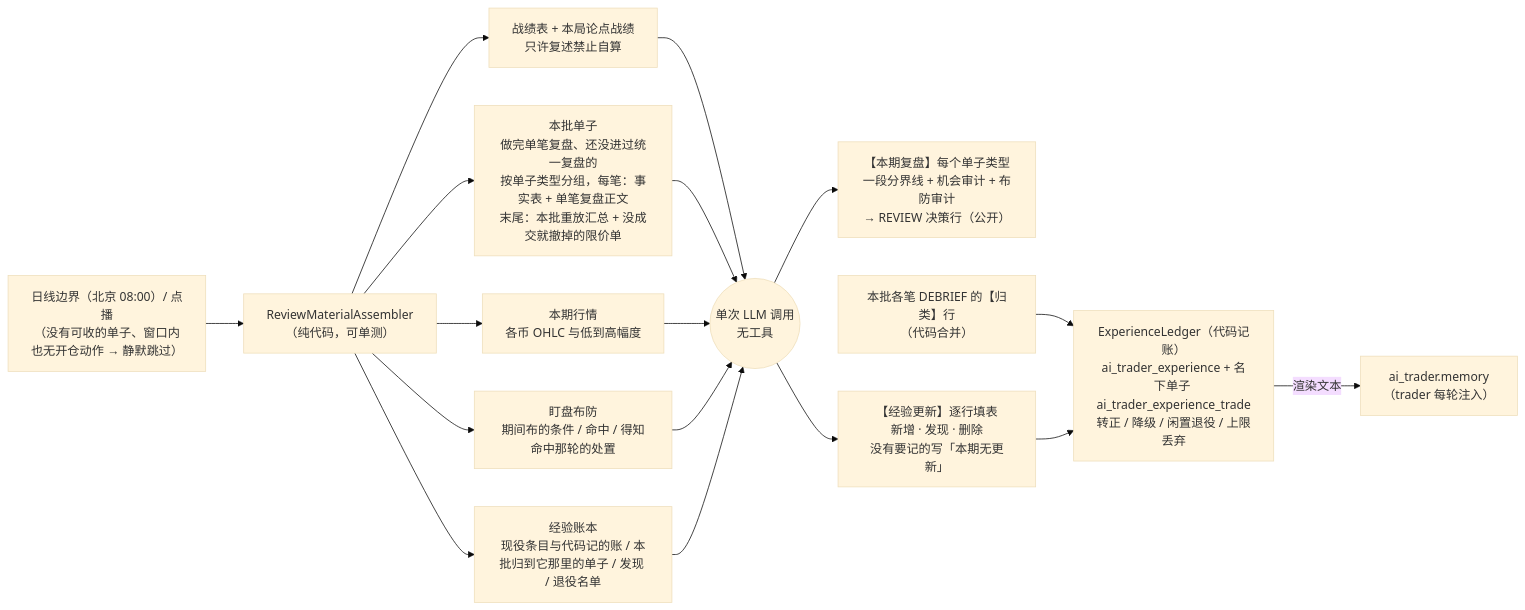
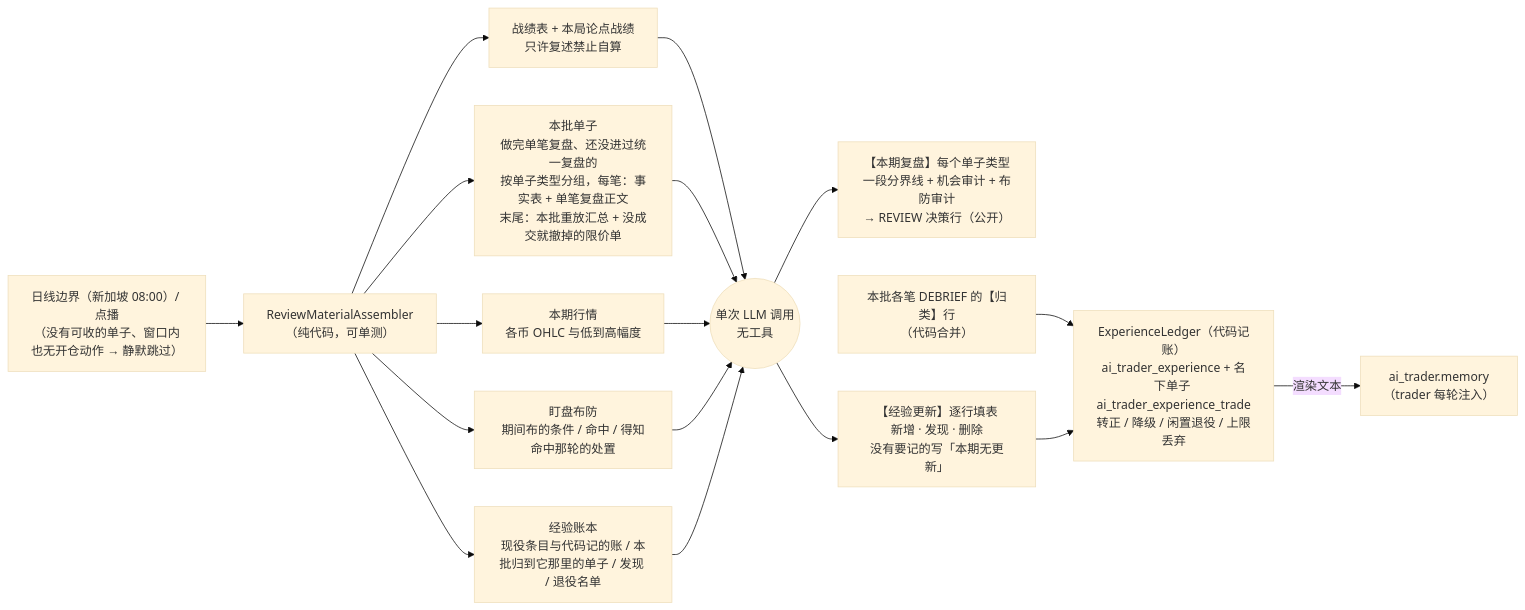
Before and after one commit to mamawai/wtfibought: the fourth of 6 diagrams in docs/agent-harness/architecture.md, drawn with Mermaid (base theme). The commit also changed other lines of this file and 70 other files, not shown here.

````diff
--- a/docs/agent-harness/architecture.md
+++ b/docs/agent-harness/architecture.md
@@ -123,15 +123,15 @@
 ```mermaid
 flowchart LR
-    B["日线边界（北京 08:00）/ 点播<br/>（没有可收的单子、窗口内也无开仓动作 → 静默跳过）"] --> RMA["ReviewMaterialAssembler<br/>（纯代码，可单测）"]
+    B["日线边界（新加坡 08:00）/ 点播<br/>（没有可收的单子、窗口内也无开仓动作 → 静默跳过）"] --> RMA["ReviewMaterialAssembler<br/>（纯代码，可单测）"]
     RMA --> F1["战绩表 + 本局论点战绩<br/>只许复述禁止自算"]
     RMA --> F2["本批单子<br/>做完单笔复盘、还没进过统一复盘的<br/>按单子类型分组，每笔：事实表 + 单笔复盘正文<br/>末尾：本批重放汇总 + 没成交就撤掉的限价单"]
     RMA --> F3["本期行情<br/>各币 OHLC 与低到高幅度"]
     RMA --> F5["盯盘布防<br/>期间布的条件 / 命中 / 得知命中那轮的处置"]
     RMA --> F4["经验账本<br/>现役条目与代码记的账 / 本批归到它那里的单子 / 发现 / 退役名单"]
     F1 & F2 & F3 & F5 & F4 --> LLM(("单次 LLM 调用<br/>无工具"))
     LLM --> P1["【本期复盘】每个单子类型一段分界线 + 机会审计 + 布防审计<br/>→ REVIEW 决策行（公开）"]
     LLM --> P2["【经验更新】逐行填表<br/>新增 · 发现 · 删除<br/>没有要记的写「本期无更新」"]
     DEB["本批各笔 DEBRIEF 的【归类】行<br/>（代码合并）"] --> LED
     P2 --> LED["ExperienceLedger（代码记账）<br/>ai_trader_experience + 名下单子 ai_trader_experience_trade<br/>转正 / 降级 / 闲置退役 / 上限丢弃"]
     LED -->|"渲染文本"| MEM["ai_trader.memory<br/>（trader 每轮注入）"]
 ```
````
